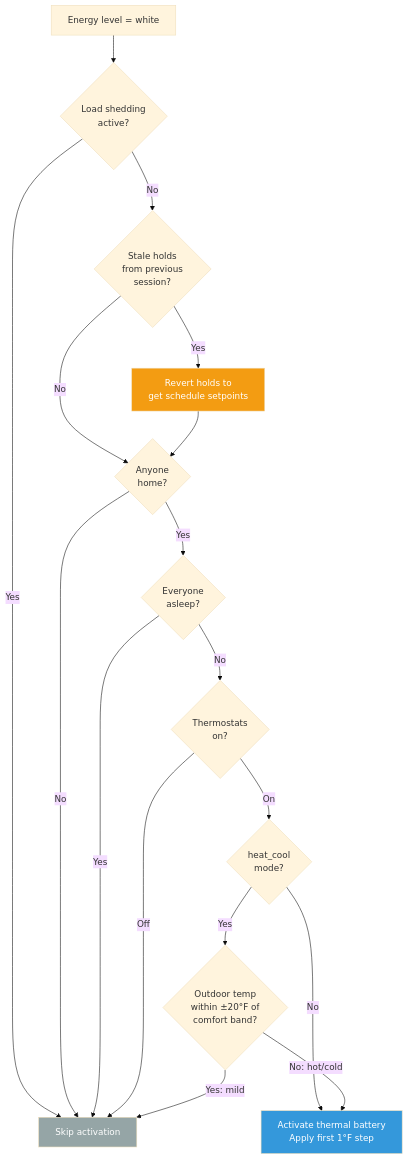
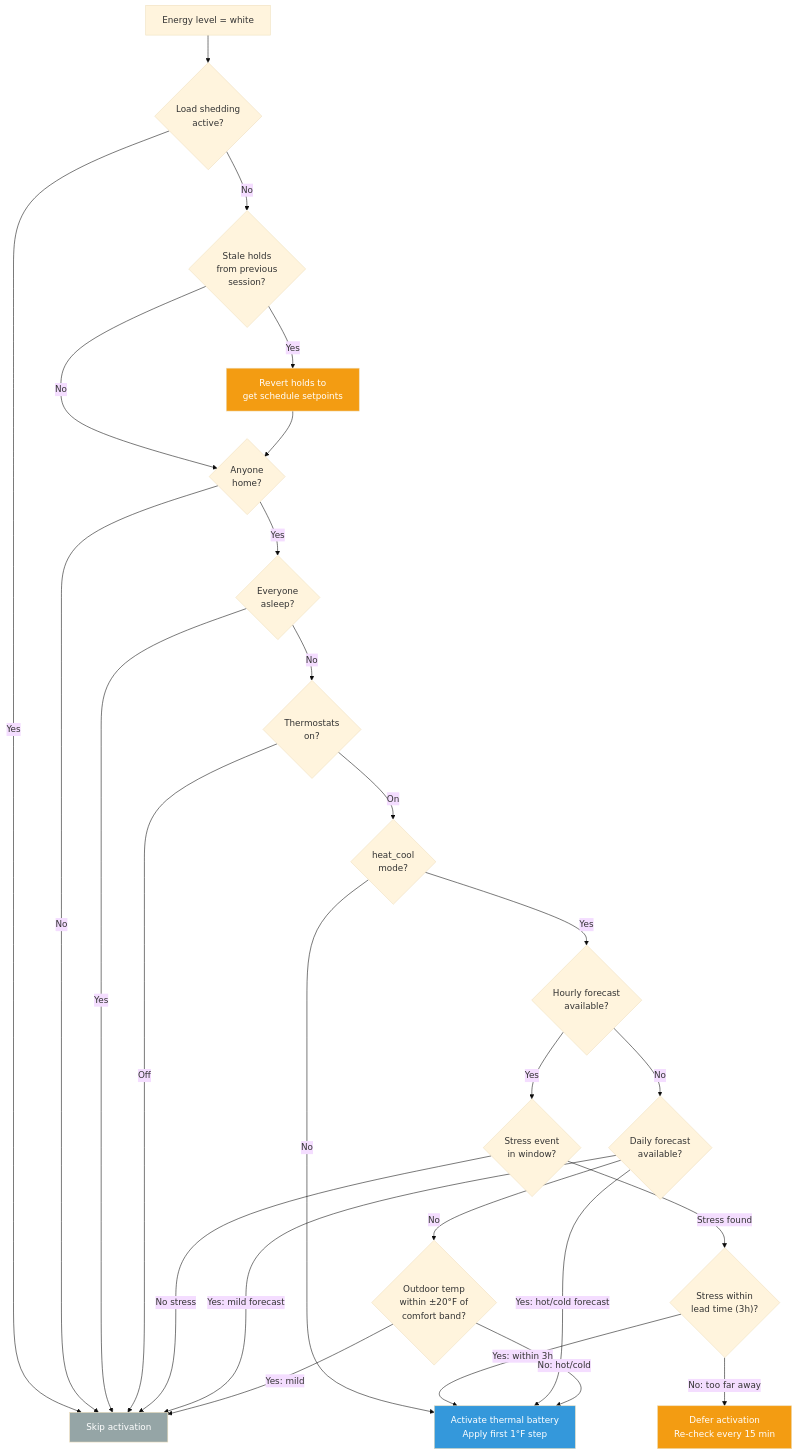
Before and after one commit to NickBorgers/home-automation: the fourth of 7 diagrams in docs/flows/LOAD_SHEDDING.md, drawn with Mermaid (base theme). The commit also changed other lines of this file and 4 other files, not shown here.

````diff
--- a/docs/flows/LOAD_SHEDDING.md
+++ b/docs/flows/LOAD_SHEDDING.md
@@ -128,35 +128,50 @@
 ```mermaid
 flowchart TD
     whiteLevel["Energy level = white"]
     checkLS{"Load shedding<br/>active?"}
     checkStaleHolds{"Stale holds<br/>from previous<br/>session?"}
     revertHolds["Revert holds to<br/>get schedule setpoints"]
     checkHome{"Anyone<br/>home?"}
     checkSleep{"Everyone<br/>asleep?"}
     checkHVAC{"Thermostats<br/>on?"}
     checkMode{"heat_cool<br/>mode?"}
+    checkHourly{"Hourly forecast<br/>available?"}
+    checkStress{"Stress event<br/>in window?"}
+    checkLeadTime{"Stress within<br/>lead time (3h)?"}
+    deferred["Defer activation<br/>Re-check every 15 min"]
+    checkDaily{"Daily forecast<br/>available?"}
     checkOutdoor{"Outdoor temp<br/>within ±20°F of<br/>comfort band?"}
     activate["Activate thermal battery<br/>Apply first 1°F step"]
     skip["Skip activation"]
 
     whiteLevel --> checkLS
     checkLS -->|Yes| skip
     checkLS -->|No| checkStaleHolds
     checkStaleHolds -->|Yes| revertHolds
     checkStaleHolds -->|No| checkHome
     revertHolds --> checkHome
     checkHome -->|No| skip
     checkHome -->|Yes| checkSleep
     checkSleep -->|Yes| skip
     checkSleep -->|No| checkHVAC
     checkHVAC -->|Off| skip
     checkHVAC -->|On| checkMode
     checkMode -->|No| activate
-    checkMode -->|Yes| checkOutdoor
+    checkMode -->|Yes| checkHourly
+    checkHourly -->|Yes| checkStress
+    checkStress -->|No stress| skip
+    checkStress -->|Stress found| checkLeadTime
+    checkLeadTime -->|No: too far away| deferred
+    checkLeadTime -->|Yes: within 3h| activate
+    checkHourly -->|No| checkDaily
+    checkDaily -->|Yes: mild forecast| skip
+    checkDaily -->|Yes: hot/cold forecast| activate
+    checkDaily -->|No| checkOutdoor
     checkOutdoor -->|Yes: mild| skip
     checkOutdoor -->|No: hot/cold| activate
 
     style activate fill:#3498db,color:#fff
     style skip fill:#95a5a6,color:#fff
+    style deferred fill:#f39c12,color:#fff
     style revertHolds fill:#f39c12,color:#fff
 ```
````
